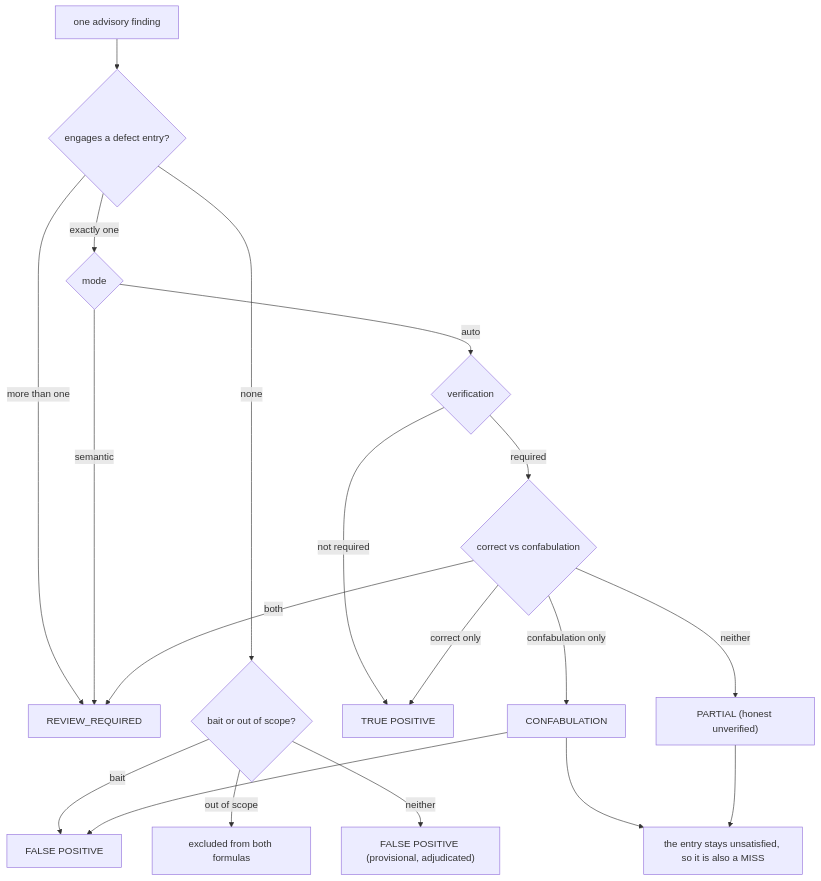
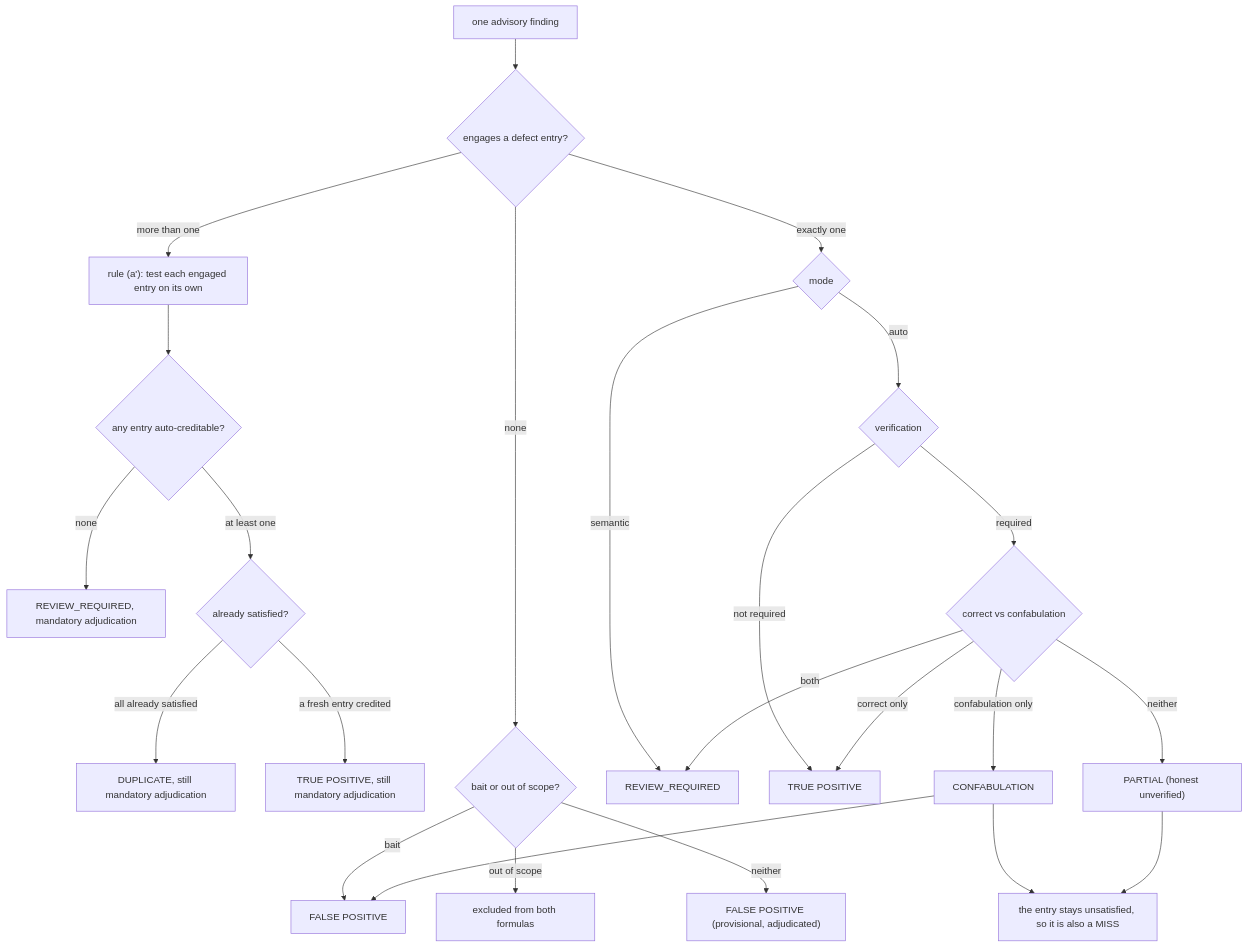
The diagram in docs/internal/eval-runs/seeded-defects.md (product-on-purpose/agent-skills-toolkit), drawn with Mermaid before and after one commit. The commit also changed other lines of this file and 16 other files, not shown here.

````diff
--- a/docs/internal/eval-runs/seeded-defects.md
+++ b/docs/internal/eval-runs/seeded-defects.md
@@ -80,21 +84,26 @@
 ```mermaid
 flowchart TD
     F["one advisory finding"] --> L{"engages a defect entry?"}
-    L -- "more than one" --> RR["REVIEW_REQUIRED"]
+    L -- "more than one" --> MULTI["rule (a'): test each engaged entry on its own"]
+    MULTI --> MC{"any entry auto-creditable?"}
+    MC -- "none" --> MRR["REVIEW_REQUIRED, mandatory adjudication"]
+    MC -- "at least one" --> MD{"already satisfied?"}
+    MD -- "all already satisfied" --> MDUP["DUPLICATE, still mandatory adjudication"]
+    MD -- "a fresh entry credited" --> MTP["TRUE POSITIVE, still mandatory adjudication"]
     L -- "none" --> B{"bait or out of scope?"}
     B -- "bait" --> FP["FALSE POSITIVE"]
     B -- "out of scope" --> OOS["excluded from both formulas"]
     B -- "neither" --> FPP["FALSE POSITIVE (provisional, adjudicated)"]
     L -- "exactly one" --> M{"mode"}
-    M -- "semantic" --> RR
+    M -- "semantic" --> RR["REVIEW_REQUIRED"]
     M -- "auto" --> V{"verification"}
     V -- "not required" --> TP["TRUE POSITIVE"]
     V -- "required" --> C{"correct vs confabulation"}
     C -- "correct only" --> TP
     C -- "confabulation only" --> CONF["CONFABULATION"]
     C -- "both" --> RR
     C -- "neither" --> PART["PARTIAL (honest unverified)"]
     CONF --> FP
     CONF --> MISS["the entry stays unsatisfied, so it is also a MISS"]
     PART --> MISS
 ```
````
